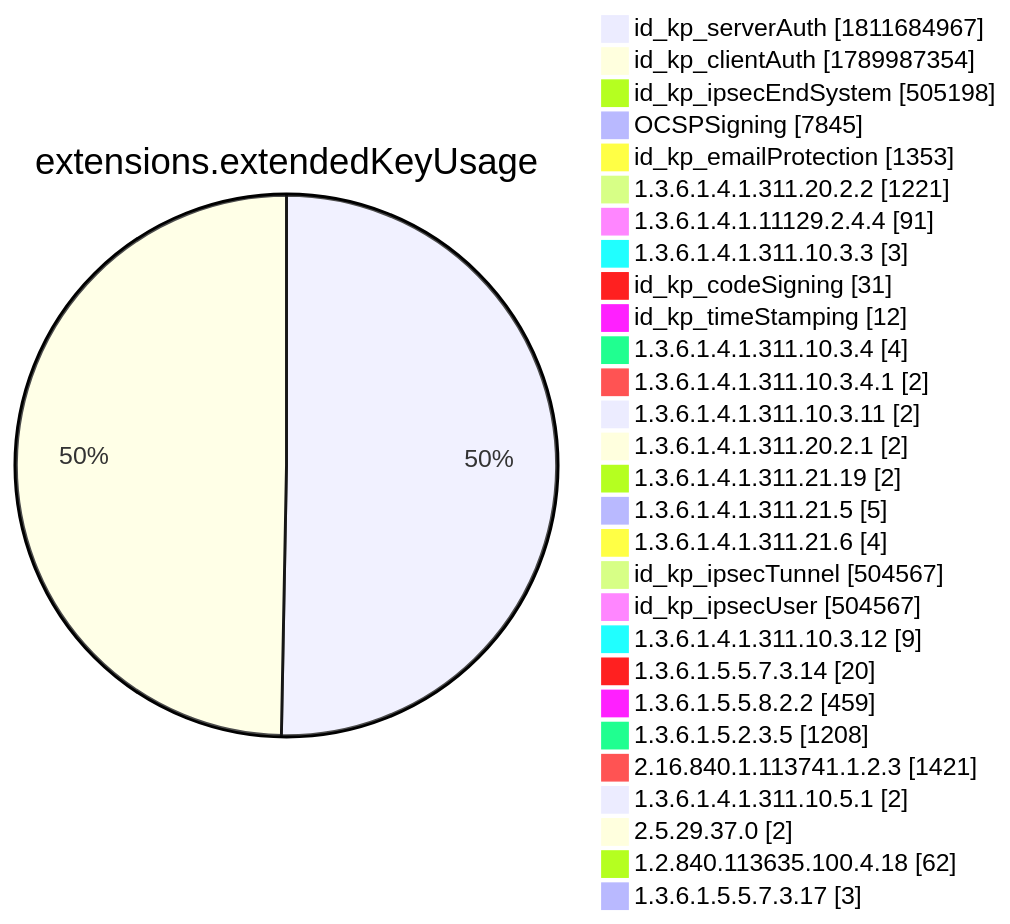
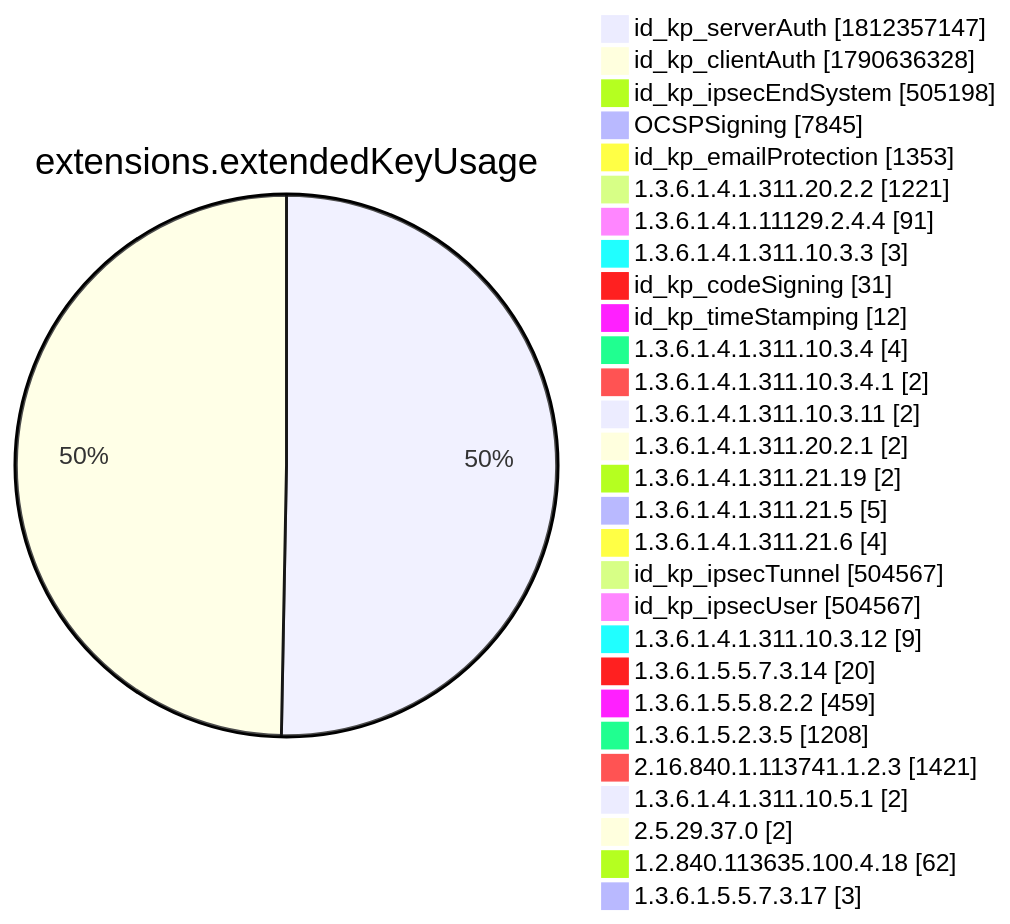
Before and after one commit to christiankrug/ctmonitor_visualization: diagram 12 of 15 in xenon2022/README.md, drawn with Mermaid. The commit also changed other lines of this file, not shown here.

````diff
--- a/xenon2022/README.md
+++ b/xenon2022/README.md
@@ -3895,32 +3895,32 @@
 ```mermaid
 pie showData
 title extensions.extendedKeyUsage
-"id_kp_serverAuth" :1811684967
-"id_kp_clientAuth" :1789987354
+"id_kp_serverAuth" :1812357147
+"id_kp_clientAuth" :1790636328
 "id_kp_ipsecEndSystem" :505198
 "OCSPSigning" :7845
 "id_kp_emailProtection" :1353
 "1.3.6.1.4.1.311.20.2.2" :1221
 "1.3.6.1.4.1.11129.2.4.4" :91
 "1.3.6.1.4.1.311.10.3.3" :3
 "id_kp_codeSigning" :31
 "id_kp_timeStamping" :12
 "1.3.6.1.4.1.311.10.3.4" :4
 "1.3.6.1.4.1.311.10.3.4.1" :2
 "1.3.6.1.4.1.311.10.3.11" :2
 "1.3.6.1.4.1.311.20.2.1" :2
 "1.3.6.1.4.1.311.21.19" :2
 "1.3.6.1.4.1.311.21.5" :5
 "1.3.6.1.4.1.311.21.6" :4
 "id_kp_ipsecTunnel" :504567
 "id_kp_ipsecUser" :504567
 "1.3.6.1.4.1.311.10.3.12" :9
 "1.3.6.1.5.5.7.3.14" :20
 "1.3.6.1.5.5.8.2.2" :459
 "1.3.6.1.5.2.3.5" :1208
 "2.16.840.1.113741.1.2.3" :1421
 "1.3.6.1.4.1.311.10.5.1" :2
 "2.5.29.37.0" :2
 "1.2.840.113635.100.4.18" :62
 "1.3.6.1.5.5.7.3.17" :3
 ```
````
